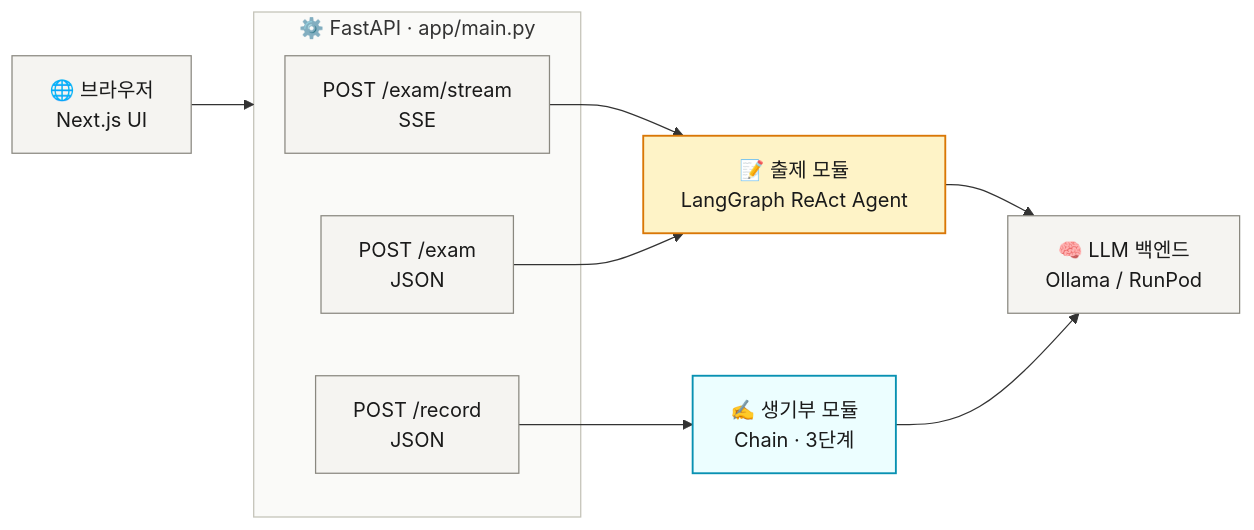
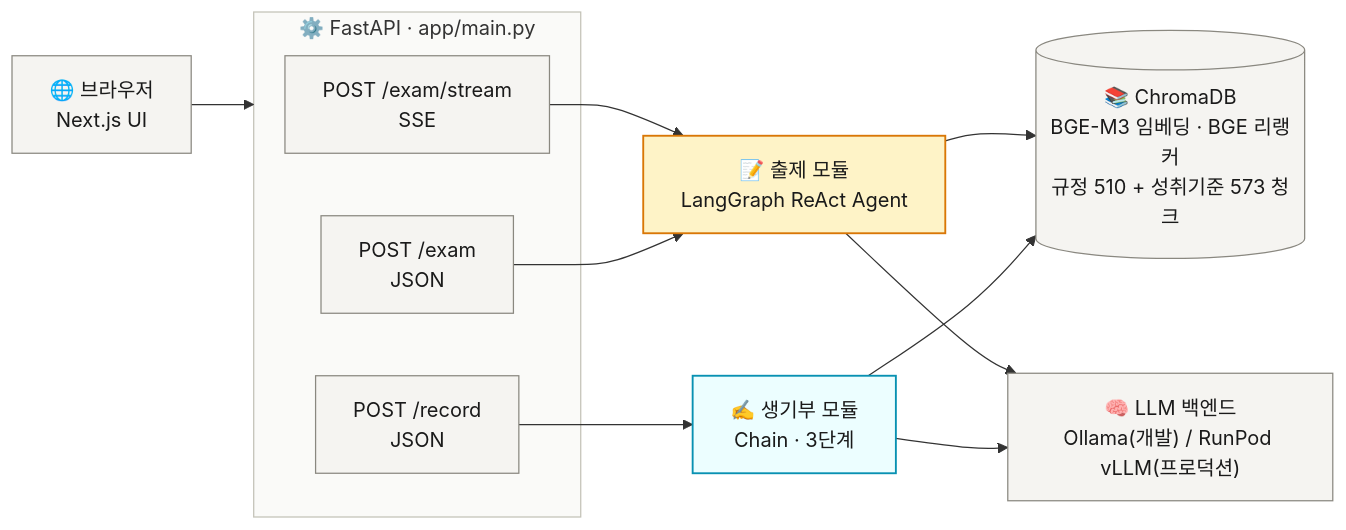
The first of 5 diagrams in README.md (MachuEngine/bunpil), drawn with Mermaid before and after one commit. The commit also changed other lines of this file, not shown here.

````diff
--- a/README.md
+++ b/README.md
@@ -23,30 +43,33 @@
 ```mermaid
 flowchart LR
     Browser["🌐 브라우저<br/>Next.js UI"]
 
     subgraph API["⚙️ FastAPI · app/main.py"]
         E1["POST /exam/stream<br/>SSE"]
         E2["POST /exam<br/>JSON"]
         E3["POST /record<br/>JSON"]
     end
 
     ExamMod["📝 출제 모듈<br/>LangGraph ReAct Agent"]
     RecordMod["✍️ 생기부 모듈<br/>Chain · 3단계"]
-    LLM["🧠 LLM 백엔드<br/>Ollama / RunPod"]
+    RAG[("📚 ChromaDB<br/>BGE-M3 임베딩 · BGE 리랭커<br/>규정 510 + 성취기준 573 청크")]
+    LLM["🧠 LLM 백엔드<br/>Ollama(개발) / RunPod vLLM(프로덕션)"]
 
     Browser --> API
     E1 --> ExamMod
     E2 --> ExamMod
     E3 --> RecordMod
+    ExamMod --> RAG
+    RecordMod --> RAG
     ExamMod --> LLM
     RecordMod --> LLM
 
-    class Browser,E1,E2,E3,LLM neutral
+    class Browser,E1,E2,E3,LLM,RAG neutral
     class ExamMod exam
     class RecordMod record
     style API fill:#FAFAF8,stroke:#C3C2B7,stroke-width:1px
 
     classDef neutral fill:#F5F4F1,stroke:#8A8880,stroke-width:1px,color:#1A1A1A
     classDef exam fill:#FEF3C7,stroke:#D97706,stroke-width:1.5px,color:#1A1A1A
     classDef record fill:#ECFEFF,stroke:#0891B2,stroke-width:1.5px,color:#1A1A1A
 ```
````
